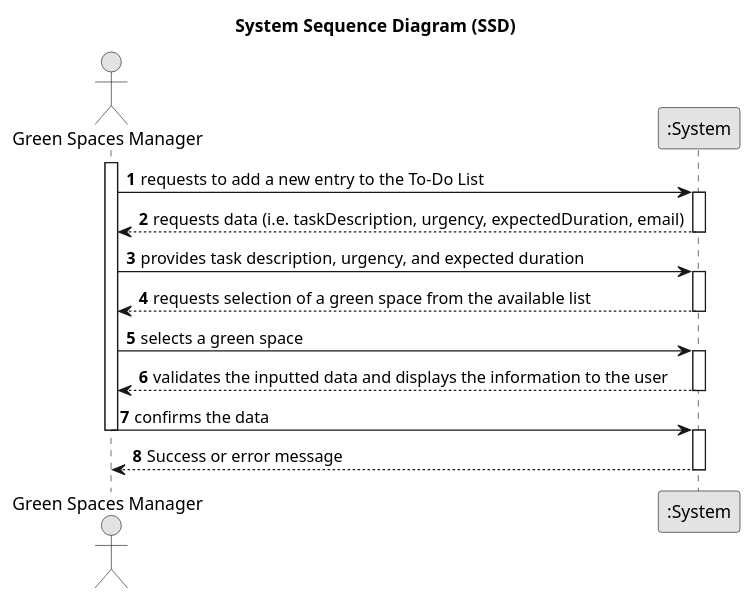
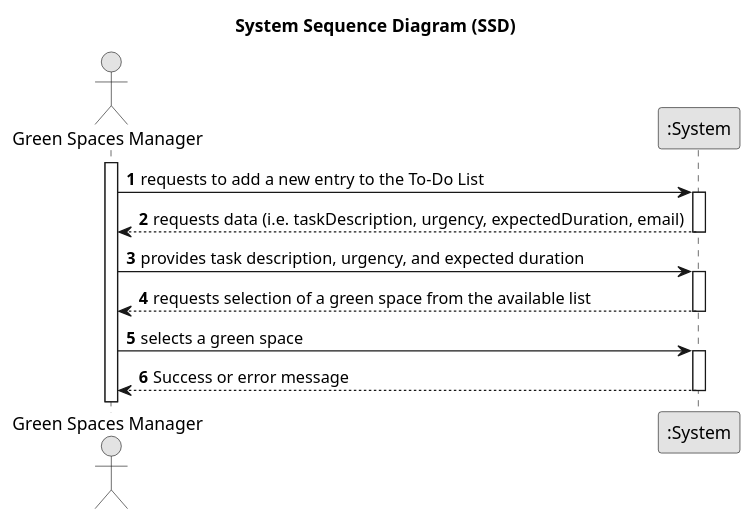
Before and after one commit to Departamento-de-Engenharia-Informatica/greenspace-management: the diagram in docs/sprintC/us021/01.requirements-engineering/puml/us021-system-sequence-diagram.puml, drawn with PlantUML. The commit also changed 2 other files, not shown here.

```diff
--- a/docs/sprintC/us021/01.requirements-engineering/puml/us021-system-sequence-diagram.puml
+++ b/docs/sprintC/us021/01.requirements-engineering/puml/us021-system-sequence-diagram.puml
@@ -1,41 +1,37 @@
 @startuml
 skinparam monochrome true
 skinparam packageStyle rectangle
 skinparam shadowing false
 
 title System Sequence Diagram (SSD)
 
 autonumber
 
 actor "Green Spaces Manager" as GSM
 participant ":System" as System
 
 activate GSM
 
 GSM -> System : requests to add a new entry to the To-Do List
 activate System
 System --> GSM : requests data (i.e. taskDescription, urgency, expectedDuration, email)
 
 deactivate System
 
 GSM -> System : provides task description, urgency, and expected duration
 activate System
 System --> GSM : requests selection of a green space from the available list
 
 deactivate System
 
 GSM -> System : selects a green space
-activate System
-System --> GSM : validates the inputted data and displays the information to the user
 
-deactivate System
 
-GSM -> System : confirms the data
-deactivate GSM
+
 
 activate System
 System --> GSM : Success or error message
 
 deactivate System
 
 @enduml
```
